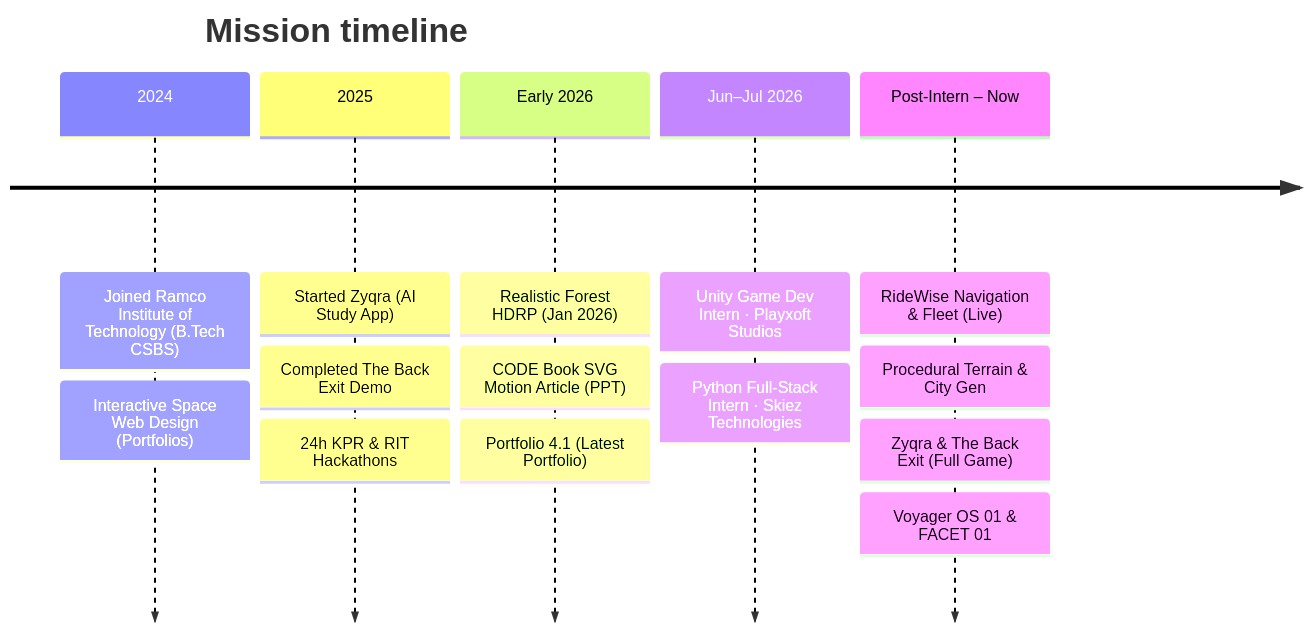
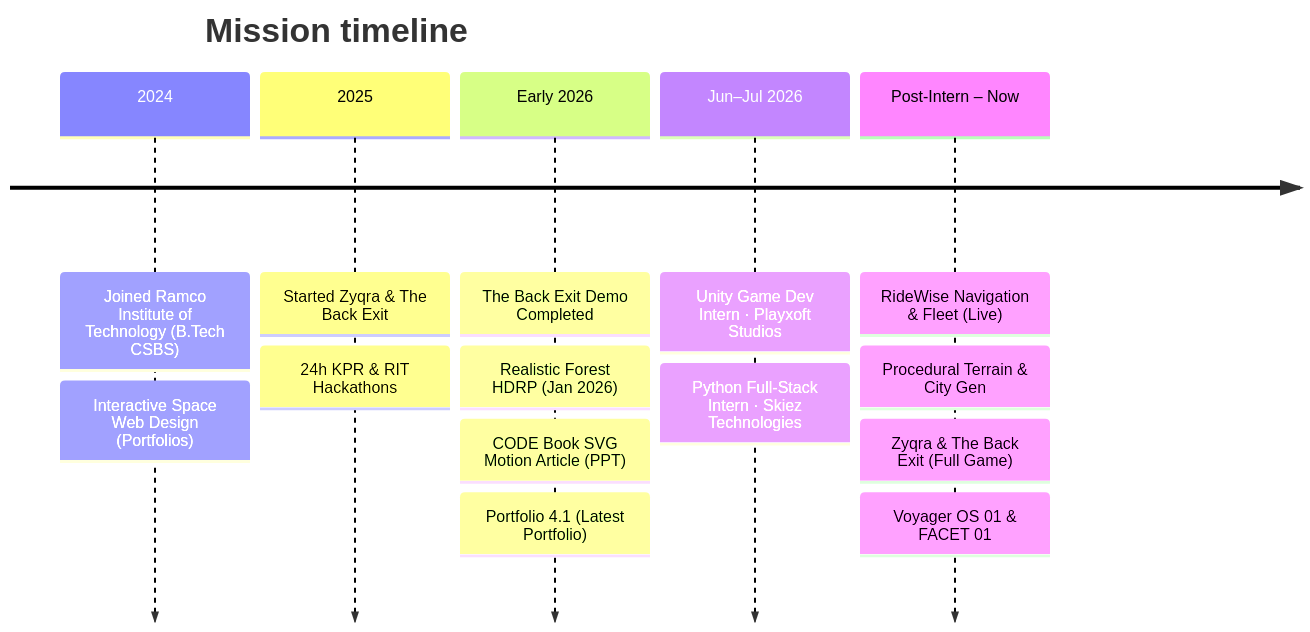
One commit to sGokulaKumaran/sGokulaKumaran changed the diagram in README.md. Above: the diagram before and after it, drawn with Mermaid.

Commit message:
Update timeline: move The Back Exit demo completion to early 2026

````diff
--- a/README.md
+++ b/README.md
@@ -119,9 +119,9 @@
 ```mermaid
 timeline
     title Mission timeline
     2024 : Joined Ramco Institute of Technology (B.Tech CSBS) : Interactive Space Web Design (Portfolios)
-    2025 : Started Zyqra (AI Study App) : Completed The Back Exit Demo : 24h KPR & RIT Hackathons
-    Early 2026 : Realistic Forest HDRP (Jan 2026) : CODE Book SVG Motion Article (PPT) : Portfolio 4.1 (Latest Portfolio)
+    2025 : Started Zyqra & The Back Exit : 24h KPR & RIT Hackathons
+    Early 2026 : The Back Exit Demo Completed : Realistic Forest HDRP (Jan 2026) : CODE Book SVG Motion Article (PPT) : Portfolio 4.1 (Latest Portfolio)
     Jun–Jul 2026 : Unity Game Dev Intern · Playxoft Studios : Python Full-Stack Intern · Skiez Technologies
     Post-Intern – Now : RideWise Navigation & Fleet (Live) : Procedural Terrain & City Gen : Zyqra & The Back Exit (Full Game) : Voyager OS 01 & FACET 01
 ```
````
